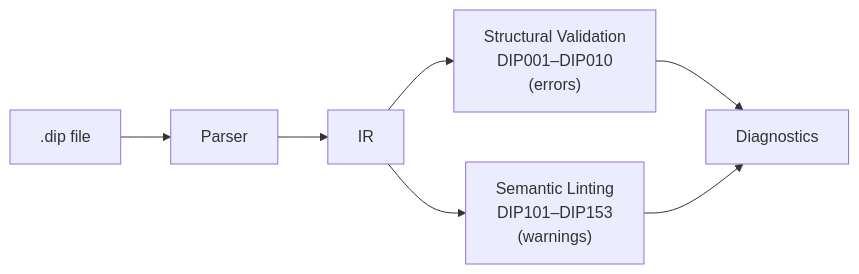
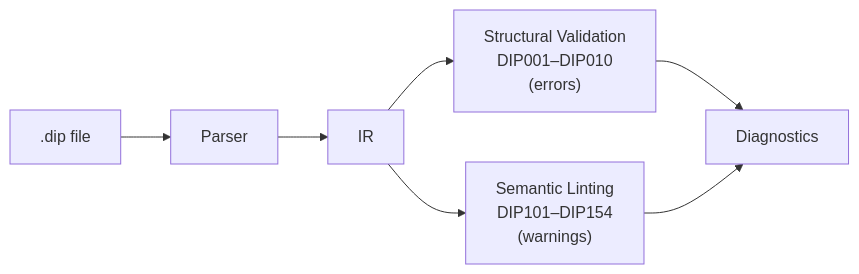
Before and after one commit to 2389-research/dippin-lang: the diagram in docs/validation.md, drawn with Mermaid. The commit also changed other lines of this file and 17 other files, not shown here.

````diff
--- a/docs/validation.md
+++ b/docs/validation.md
@@ -10,9 +10,9 @@
 ```mermaid
 graph LR
     SRC[".dip file"] --> PARSE["Parser"]
     PARSE --> IR["IR"]
     IR --> VAL["Structural Validation<br>DIP001–DIP010<br>(errors)"]
-    IR --> LINT["Semantic Linting<br>DIP101–DIP153<br>(warnings)"]
+    IR --> LINT["Semantic Linting<br>DIP101–DIP154<br>(warnings)"]
     VAL --> DIAG["Diagnostics"]
     LINT --> DIAG
 ```
````
